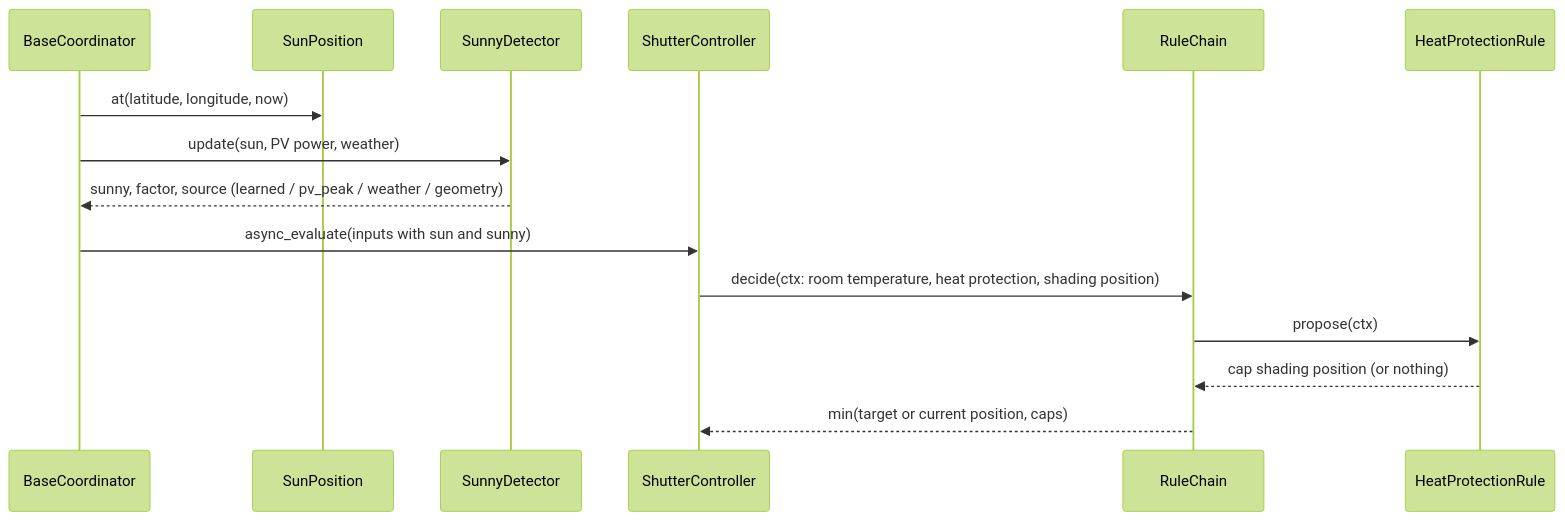
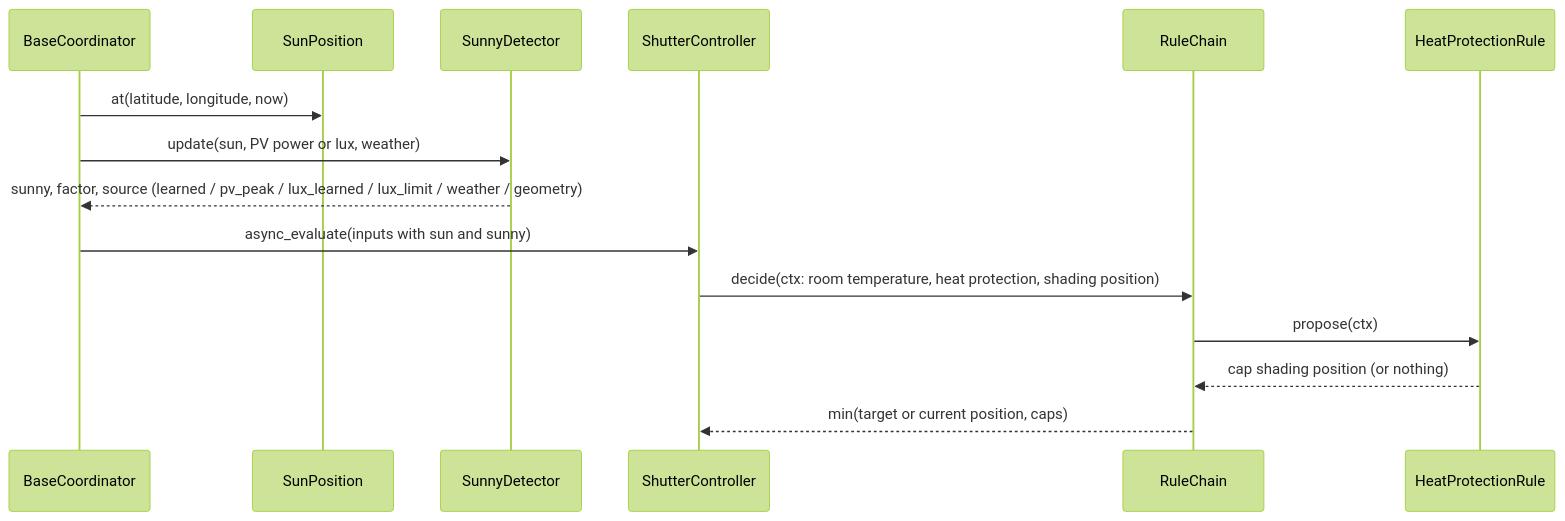
One commit to abroeders/smart-shutter-control changed diagram 12 of 22 in docs/architecture.md. Above: the diagram before and after it, drawn with Mermaid (forest theme). The commit also changed other lines of this file and 8 other files, not shown here.

Commit message:
docs: light sensors as sun source throughout the documentation (#26) (#33)

````diff
--- a/docs/architecture.md
+++ b/docs/architecture.md
@@ -441,17 +442,17 @@
 ```mermaid
 sequenceDiagram
     participant C as BaseCoordinator
     participant SP as SunPosition
     participant SD as SunnyDetector
     participant SC as ShutterController
     participant R as RuleChain
     participant H as HeatProtectionRule
     C->>SP: at(latitude, longitude, now)
-    C->>SD: update(sun, PV power, weather)
-    SD-->>C: sunny, factor, source (learned / pv_peak / weather / geometry)
+    C->>SD: update(sun, PV power or lux, weather)
+    SD-->>C: sunny, factor, source (learned / pv_peak / lux_learned / lux_limit / weather / geometry)
     C->>SC: async_evaluate(inputs with sun and sunny)
     SC->>R: decide(ctx: room temperature, heat protection, shading position)
     R->>H: propose(ctx)
     H-->>R: cap shading position (or nothing)
     R-->>SC: min(target or current position, caps)
 ```
````
